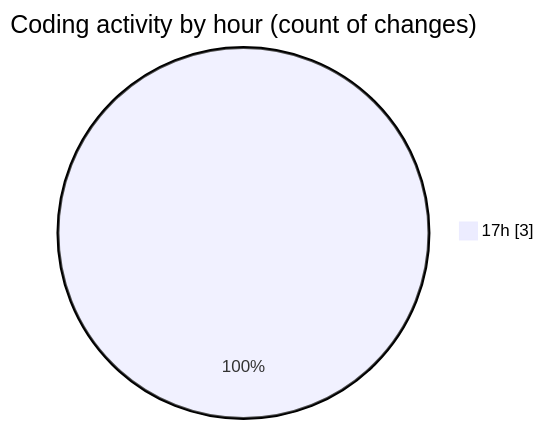
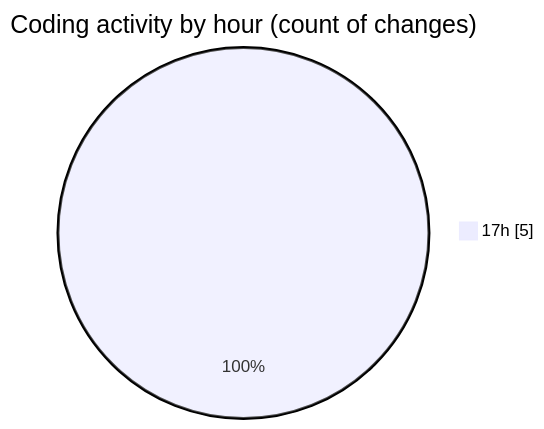
Before and after one commit to earendildev/code-tracking: the second of 2 diagrams in 2025-05-08/scripts__workspace_/README.md, drawn with Mermaid. The commit also changed other lines of this file and 1 other file, not shown here.

````diff
--- a/2025-05-08/scripts__workspace_/README.md
+++ b/2025-05-08/scripts__workspace_/README.md
@@ -28,5 +30,5 @@
 ```mermaid
 pie showData
 title Coding activity by hour (count of changes)
-"17h" : 3
+"17h" : 5
 ```
````
